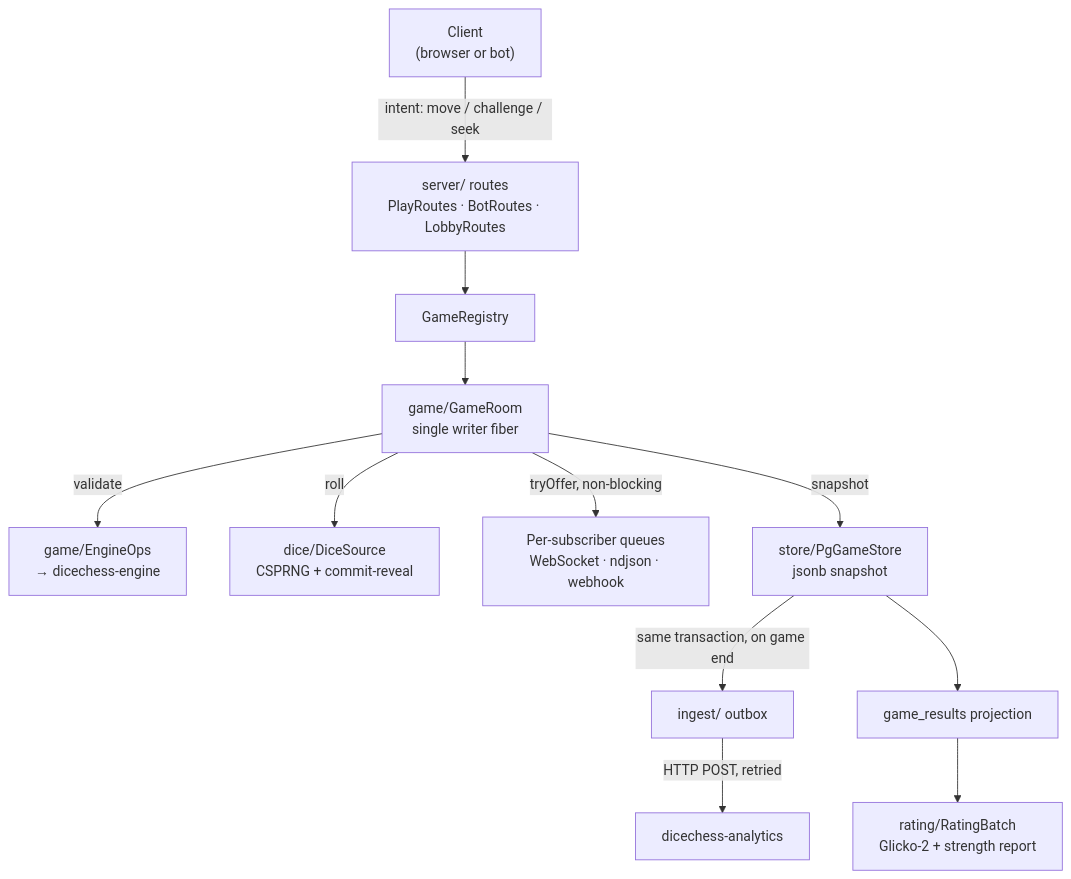
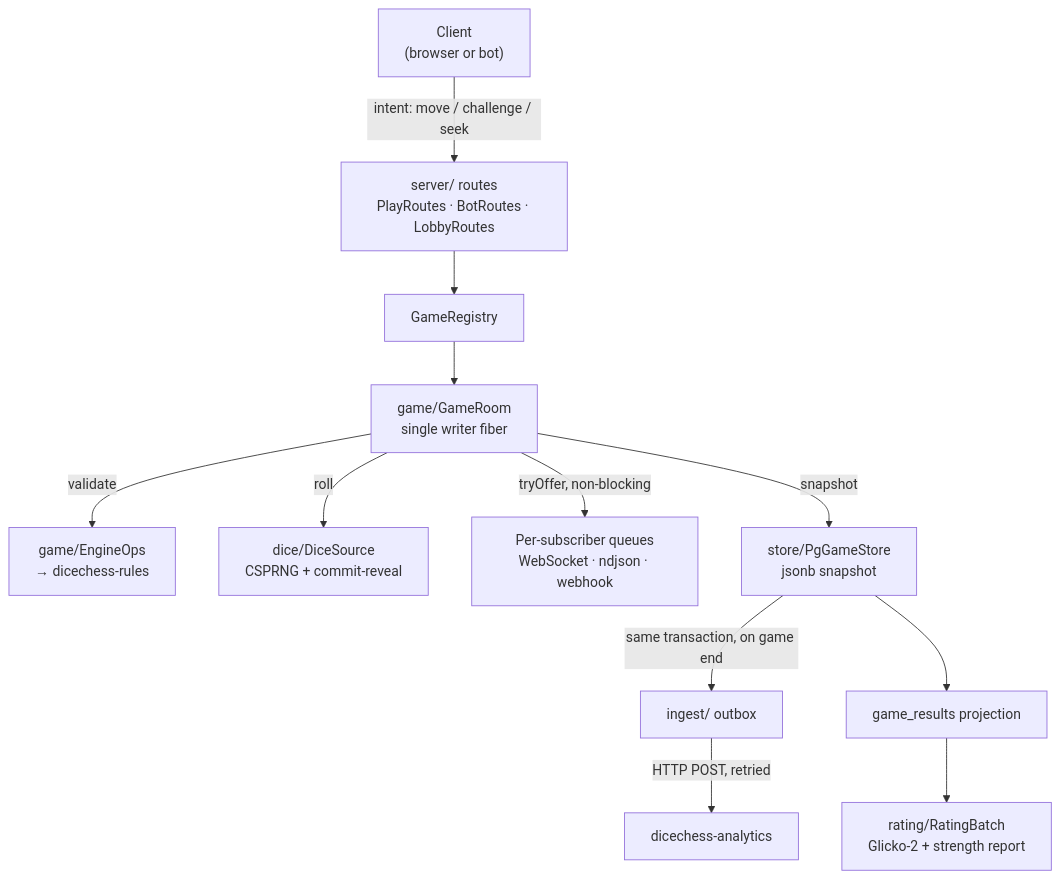
One commit to fortemate/dicechess-play-api changed the first of 2 diagrams in contributor-docs/src/content/docs/architecture.md. Above: the diagram before and after it, drawn with Mermaid. The commit also changed other lines of this file and 3 other files, not shown here.

First line of the commit message:
chore(deps): depend on dicechess-rules in Compile, test-scope the engine (#160)

````diff
--- a/contributor-docs/src/content/docs/architecture.md
+++ b/contributor-docs/src/content/docs/architecture.md
@@ -28,14 +28,14 @@
 ```mermaid
 flowchart TD
     C["Client<br/>(browser or bot)"] -->|"intent: move / challenge / seek"| R["server/ routes<br/>PlayRoutes · BotRoutes · LobbyRoutes"]
     R --> REG["GameRegistry"]
     REG --> ROOM["game/GameRoom<br/>single writer fiber"]
-    ROOM -->|"validate"| ENG["game/EngineOps<br/>→ dicechess-engine"]
+    ROOM -->|"validate"| ENG["game/EngineOps<br/>→ dicechess-rules"]
     ROOM -->|"roll"| DICE["dice/DiceSource<br/>CSPRNG + commit-reveal"]
     ROOM -->|"tryOffer, non-blocking"| SUB["Per-subscriber queues<br/>WebSocket · ndjson · webhook"]
     ROOM -->|"snapshot"| STORE["store/PgGameStore<br/>jsonb snapshot"]
     STORE -->|"same transaction, on game end"| OUT["ingest/ outbox"]
     OUT -->|"HTTP POST, retried"| AN["dicechess-analytics"]
     STORE --> RES["game_results projection"]
     RES --> RB["rating/RatingBatch<br/>Glicko-2 + strength report"]
 ```
````
